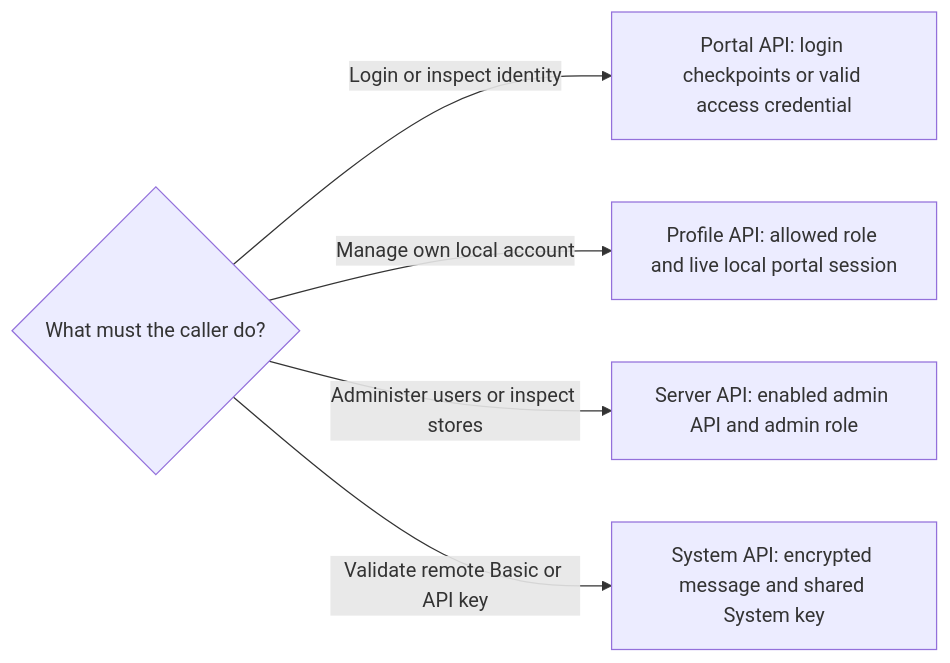
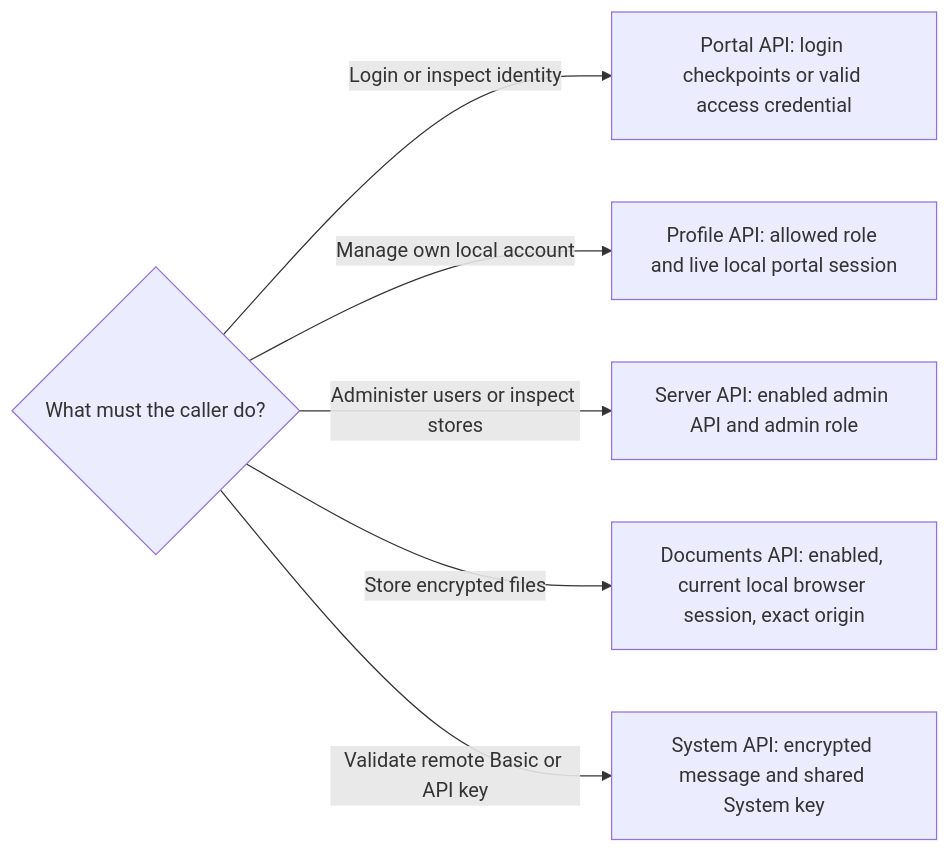
One commit to authcrunch/authcrunch.github.io changed the diagram in docs/authenticate/api/10-api.md. Above: the diagram before and after it, drawn with Mermaid. The commit also changed other lines of this file and 122 other files, not shown here.

````diff
--- a/docs/authenticate/api/10-api.md
+++ b/docs/authenticate/api/10-api.md
@@ -39,9 +42,10 @@
 ```mermaid
 flowchart LR
   accTitle: Choose the API by the caller’s authority
-  accDescr: The API families have different credential and permission boundaries, even when they share a portal mount. A successful application request or identity probe does not establish Profile, administrative, or System authority. Refresh and downstream OIDC endpoints implement separate protocols.
+  accDescr: The API families have different credential and permission boundaries, even when they share a portal mount. A successful application request or identity probe does not establish Profile, administrative, Documents or System authority. Documents requires current local browser evidence and preserves file ownership. Refresh and downstream OIDC endpoints implement separate protocols.
   A{"What must the caller do?"} -->|Login or inspect identity| P["Portal API: login checkpoints or valid access credential"]
   A -->|Manage own local account| U["Profile API: allowed role and live local portal session"]
   A -->|Administer users or inspect stores| S["Server API: enabled admin API and admin role"]
+  A -->|Store encrypted files| D["Documents API: enabled, current local browser session, exact origin"]
   A -->|Validate remote Basic or API key| Y["System API: encrypted message and shared System key"]
 ```
````
